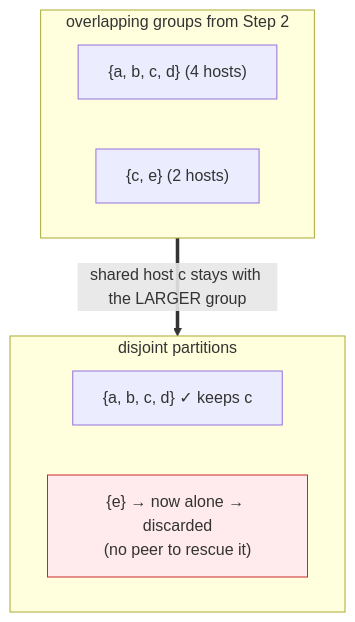
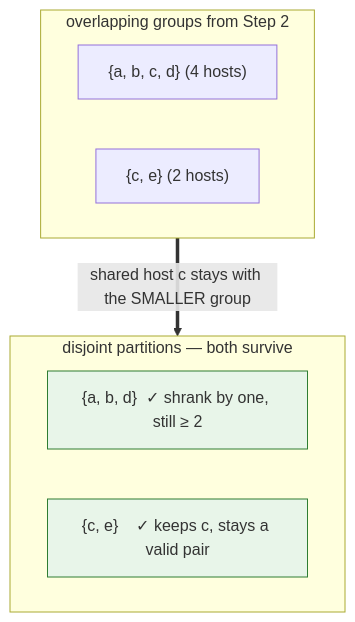
The seventh of 8 diagrams in docs/03-reservations-and-inventory/04-failover-host-reservations.md (cobaltcore-dev/cortex), drawn with Mermaid before and after one commit. The commit also changed other lines of this file and 2 other files, not shown here.

First line of the commit message:
feat(failoverhost): keep shared hosts in the smallest partition

````diff
--- a/docs/03-reservations-and-inventory/04-failover-host-reservations.md
+++ b/docs/03-reservations-and-inventory/04-failover-host-reservations.md
@@ -256,13 +316,14 @@
 ```mermaid
 flowchart TB
     subgraph before["overlapping groups from Step 2"]
         p1["{a, b, c, d}  (4 hosts)"]
         p2["{c, e}        (2 hosts)"]
     end
-    before ==>|"shared host c stays with the LARGER group"| after
-    subgraph after["disjoint partitions"]
-        q1["{a, b, c, d}  ✓ keeps c"]
-        q2["{e} → now alone → discarded<br/>(no peer to rescue it)"]
+    before ==>|"shared host c stays with the SMALLER group"| after
+    subgraph after["disjoint partitions — both survive"]
+        q1["{a, b, d}  ✓ shrank by one, still ≥ 2"]
+        q2["{c, e}    ✓ keeps c, stays a valid pair"]
     end
-    style q2 fill:#ffebee,stroke:#c62828
+    style q1 fill:#e8f5e9,stroke:#2e7d32
+    style q2 fill:#e8f5e9,stroke:#2e7d32
 ```
````
